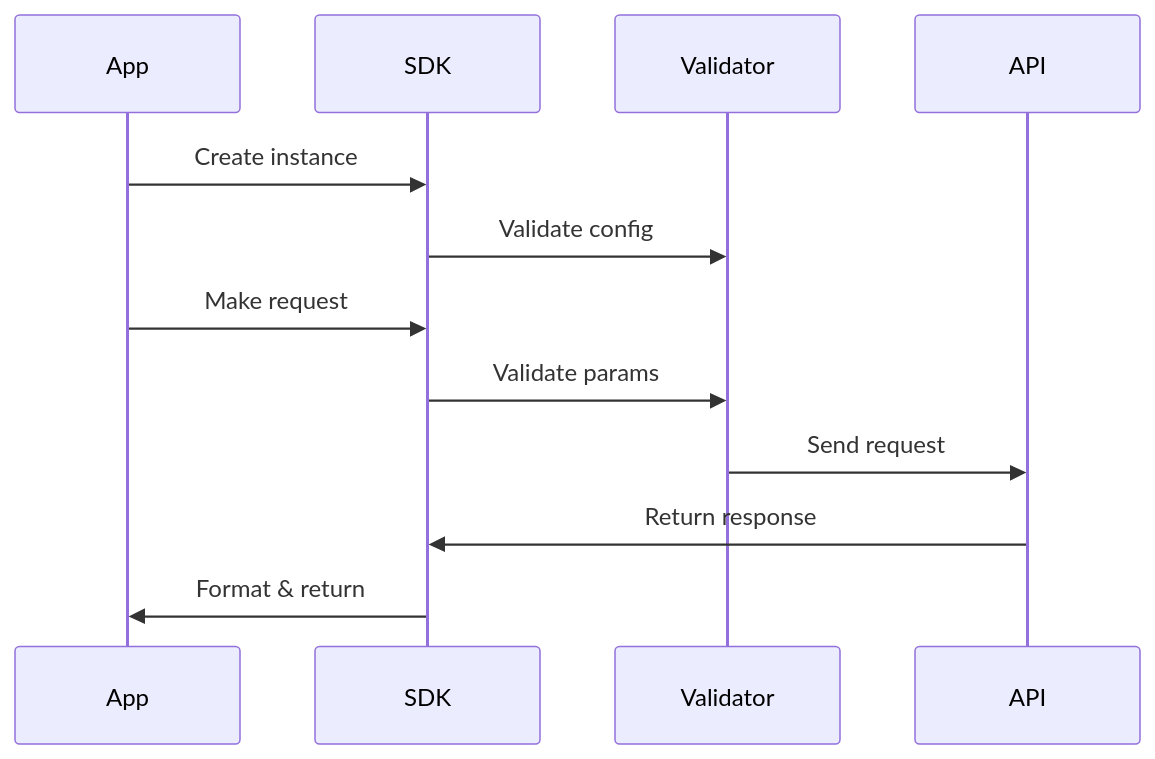
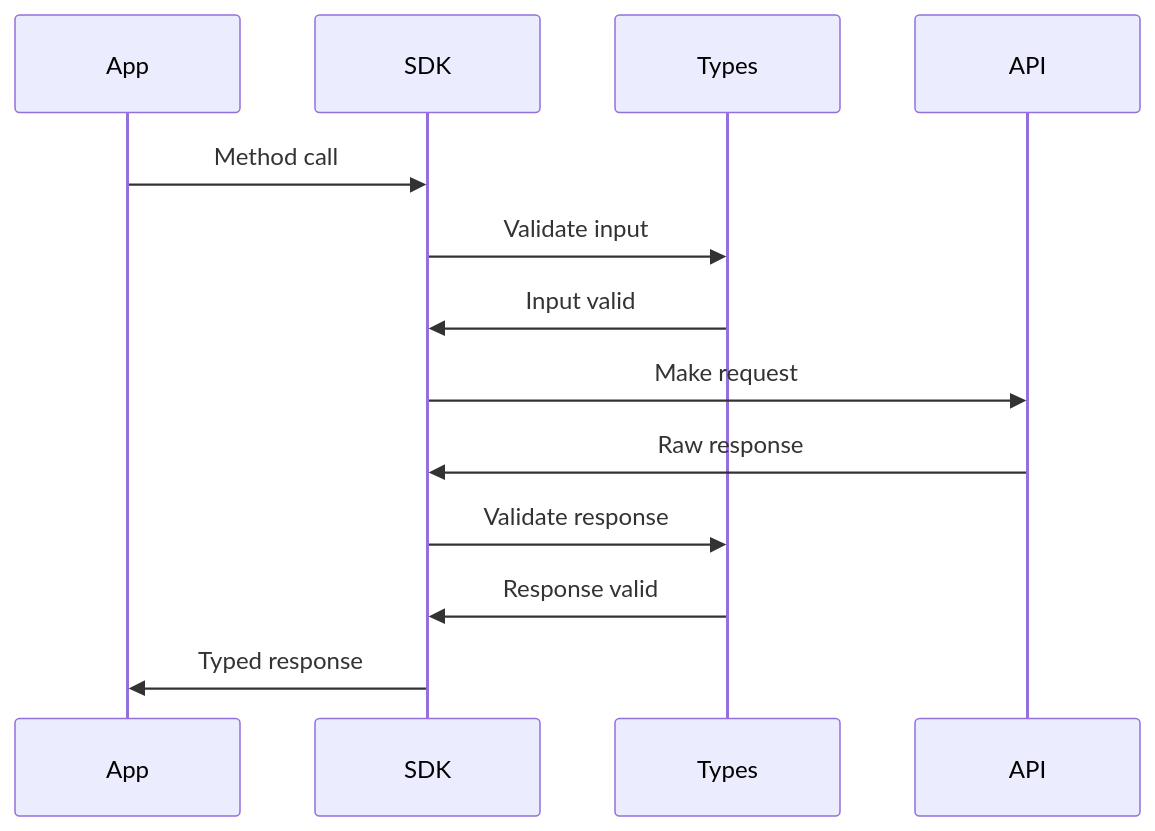
The second of 2 diagrams in memory-bank/systemPatterns.md (GenWaveLLC/docs4ai-sdk), drawn with Mermaid before and after one commit. The commit also changed other lines of this file and 15 other files, not shown here.

````diff
--- a/memory-bank/systemPatterns.md
+++ b/memory-bank/systemPatterns.md
@@ -114,15 +82,16 @@
 ```mermaid
 sequenceDiagram
     participant App
     participant SDK
-    participant Validator
+    participant Types
     participant API
     
-    App->>SDK: Create instance
-    SDK->>Validator: Validate config
-    App->>SDK: Make request
-    SDK->>Validator: Validate params
-    Validator->>API: Send request
-    API->>SDK: Return response
-    SDK->>App: Format & return
+    App->>SDK: Method call
+    SDK->>Types: Validate input
+    Types->>SDK: Input valid
+    SDK->>API: Make request
+    API->>SDK: Raw response
+    SDK->>Types: Validate response
+    Types->>SDK: Response valid
+    SDK->>App: Typed response
 ```
````
